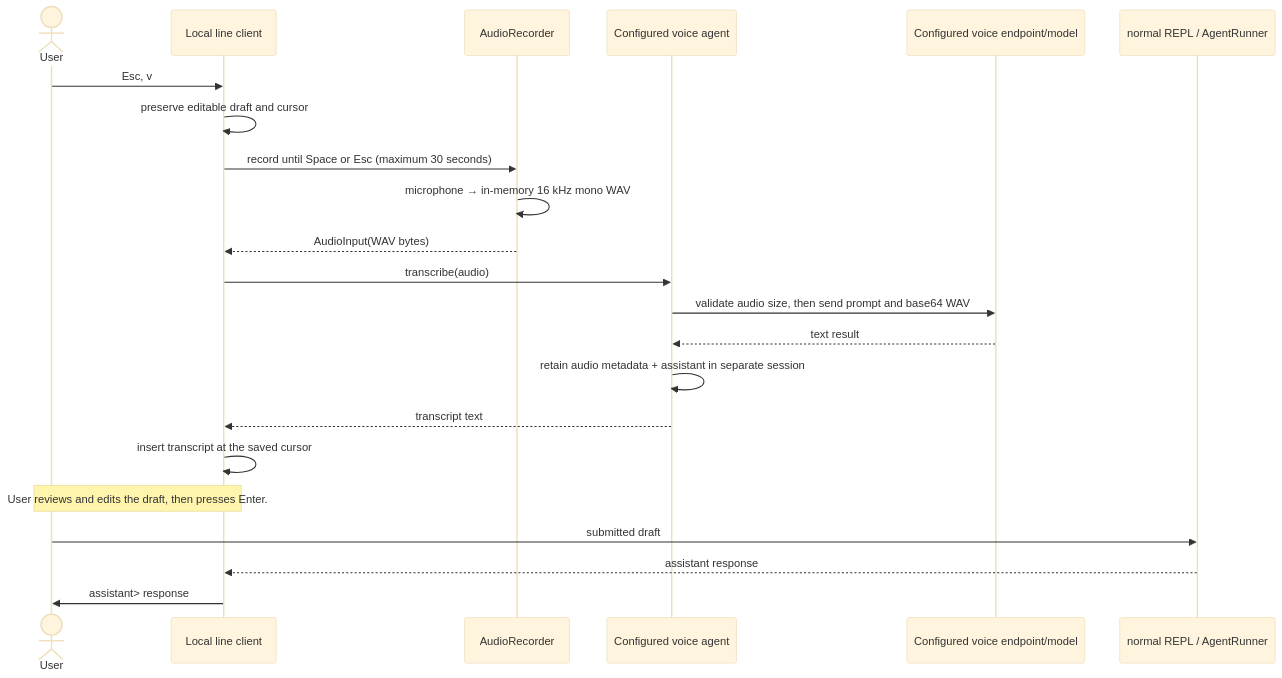
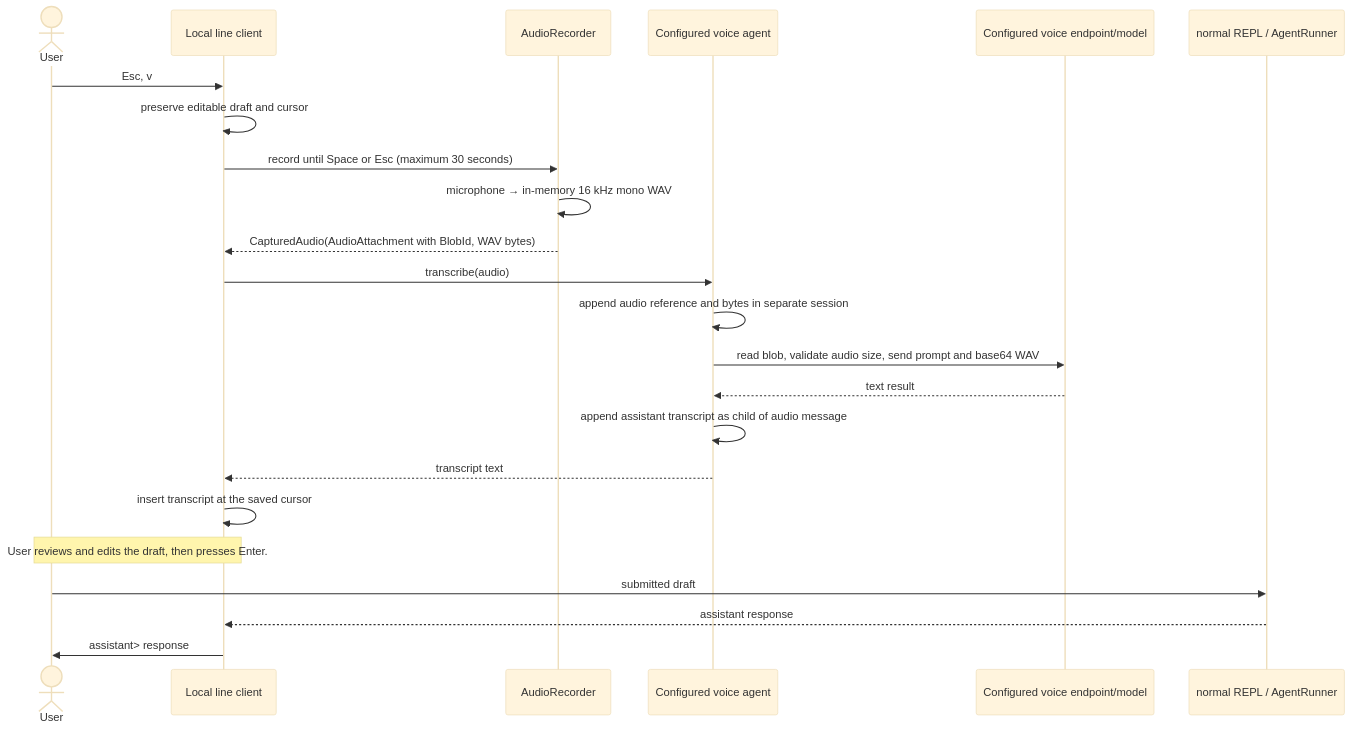
Before and after one commit to FabioPinheiro/yallmo: the diagram in docs/REPL.md, drawn with Mermaid (base theme). The commit also changed other lines of this file and 59 other files, not shown here.

````diff
--- a/docs/REPL.md
+++ b/docs/REPL.md
@@ -215,25 +216,26 @@
 ```mermaid
 sequenceDiagram
     actor User
     participant Line as Local line client
     participant Recorder as AudioRecorder
     participant Voice as Configured voice agent
     participant Model as Configured voice endpoint/model
     participant Agent as normal REPL / AgentRunner
 
     User->>Line: Esc, v
     Line->>Line: preserve editable draft and cursor
     Line->>Recorder: record until Space or Esc (maximum 30 seconds)
     Recorder->>Recorder: microphone → in-memory 16 kHz mono WAV
-    Recorder-->>Line: AudioInput(WAV bytes)
+    Recorder-->>Line: CapturedAudio(AudioAttachment with BlobId, WAV bytes)
     Line->>Voice: transcribe(audio)
-    Voice->>Model: validate audio size, then send prompt and base64 WAV
+    Voice->>Voice: append audio reference and bytes in separate session
+    Voice->>Model: read blob, validate audio size, send prompt and base64 WAV
     Model-->>Voice: text result
-    Voice->>Voice: retain audio metadata + assistant in separate session
+    Voice->>Voice: append assistant transcript as child of audio message
     Voice-->>Line: transcript text
     Line->>Line: insert transcript at the saved cursor
     Note over User,Line: User reviews and edits the draft, then presses Enter.
     User->>Agent: submitted draft
     Agent-->>Line: assistant response
     Line->>User: assistant> response
 ```
````
